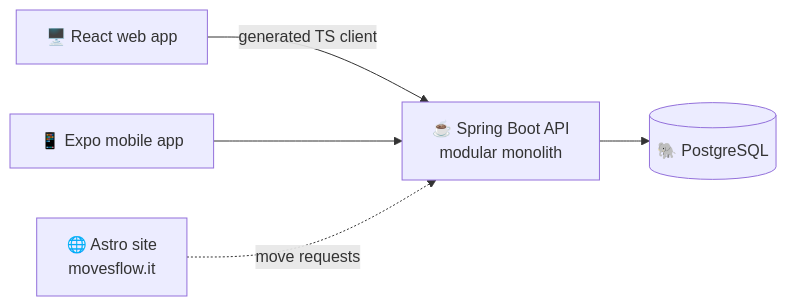
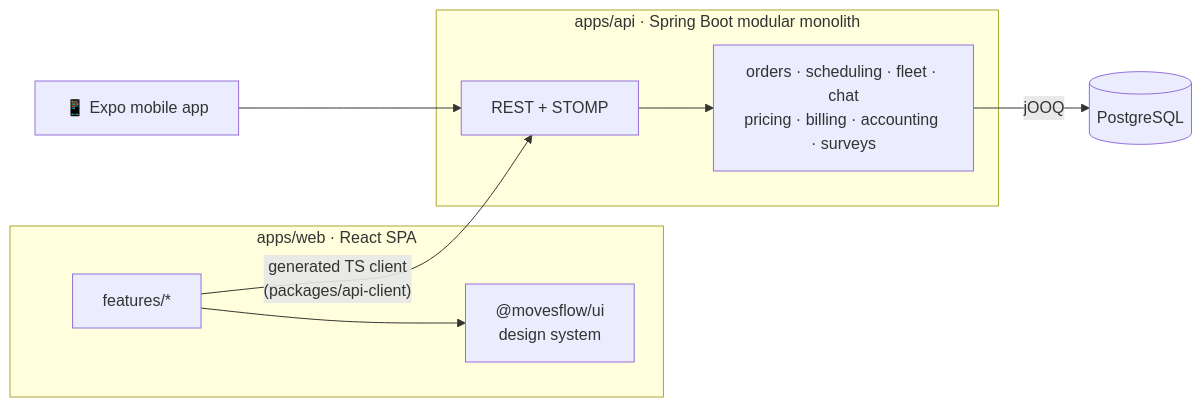
Before and after one commit to ssdeniss/ssdeniss: the diagram in README.md, drawn with Mermaid. The commit also changed other lines of this file, not shown here.

Commit message:
Make movesflow-react the main project

````diff
--- a/README.md
+++ b/README.md
@@ -117,7 +123,12 @@
 ```mermaid
 flowchart LR
-    W[🖥️ React web app] -->|generated TS client| API
-    M[📱 Expo mobile app] --> API
-    API[☕ Spring Boot API<br/>modular monolith] --> DB[(🐘 PostgreSQL)]
-    S[🌐 Astro site<br/>movesflow.it] -.->|move requests| API
+    subgraph web["apps/web · React SPA"]
+      F[features/*] --> UI["@movesflow/ui<br/>design system"]
+    end
+    F -->|"generated TS client<br/>(packages/api-client)"| API
+    subgraph api["apps/api · Spring Boot modular monolith"]
+      API[REST + STOMP] --> MOD["orders · scheduling · fleet · chat<br/>pricing · billing · accounting · surveys"]
+    end
+    MOD -->|jOOQ| DB[(PostgreSQL)]
+    MOB[📱 Expo mobile app] --> API
 ```
````
